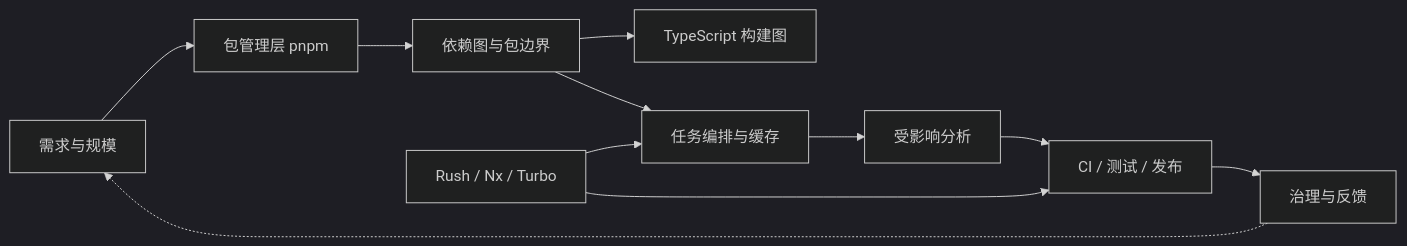
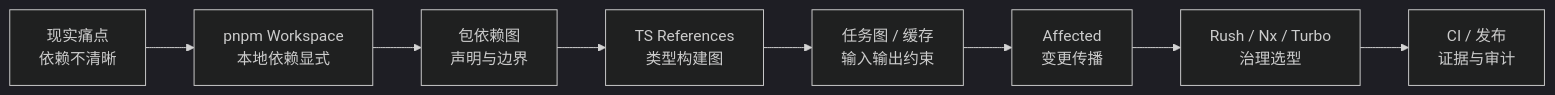
Before and after one commit to liucaidong/knowverse: the diagram in assets/panoramas/monorepo.mmd, drawn with Mermaid (dark theme). The commit also changed 88 other files, not shown here.

Commit message:
feat(knowledge): complete Monorepo engineering deep dive, runnable workspace, interactive graph/cache labs and Mermaid atlas

```diff
--- a/assets/panoramas/monorepo.mmd
+++ b/assets/panoramas/monorepo.mmd
@@ -1,11 +1,24 @@
 flowchart LR
-  A["需求与规模"] --> B["包管理层 pnpm"]
-  B --> C["依赖图与包边界"]
-  C --> D["TypeScript 构建图"]
-  C --> E["任务编排与缓存"]
-  E --> F["受影响分析"]
-  F --> G["CI / 测试 / 发布"]
-  G --> H["治理与反馈"]
-  H -.-> A
-  I["Rush / Nx / Turbo"] --> E
-  I --> G
+  N0["现实痛点
+依赖不清晰"]
+  N1["pnpm Workspace
+本地依赖显式"]
+  N2["包依赖图
+声明与边界"]
+  N3["TS References
+类型构建图"]
+  N4["任务图 / 缓存
+输入输出约束"]
+  N5["Affected
+变更传播"]
+  N6["Rush / Nx / Turbo
+治理选型"]
+  N7["CI / 发布
+证据与审计"]
+  N0 --> N1
+  N1 --> N2
+  N2 --> N3
+  N3 --> N4
+  N4 --> N5
+  N5 --> N6
+  N6 --> N7
```
